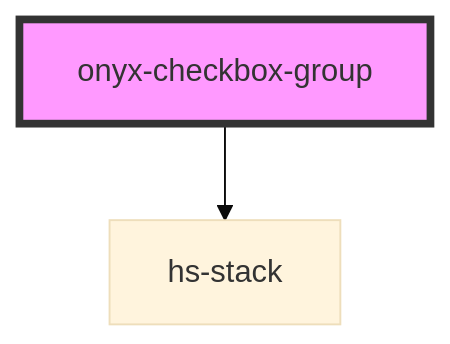
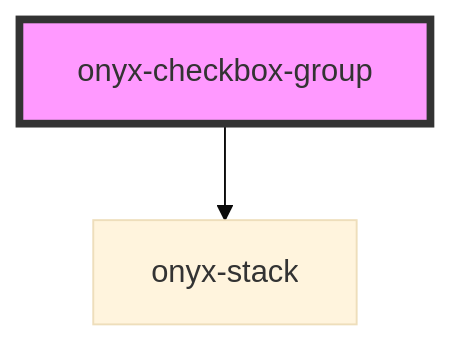
The diagram in src/components/onyx-checkbox-group/readme.md (fortune-max/onyx-design-system), drawn with Mermaid (base theme) before and after one commit. The commit also changed other lines of this file and 14 other files, not shown here.

Commit message:
add radio group, stack, migrate to onyx

````diff
--- a/src/components/onyx-checkbox-group/readme.md
+++ b/src/components/onyx-checkbox-group/readme.md
@@ -24,5 +24,5 @@
 ```mermaid
 graph TD;
-  onyx-checkbox-group --> hs-stack
+  onyx-checkbox-group --> onyx-stack
   style onyx-checkbox-group fill:#f9f,stroke:#333,stroke-width:4px
 ```
````
